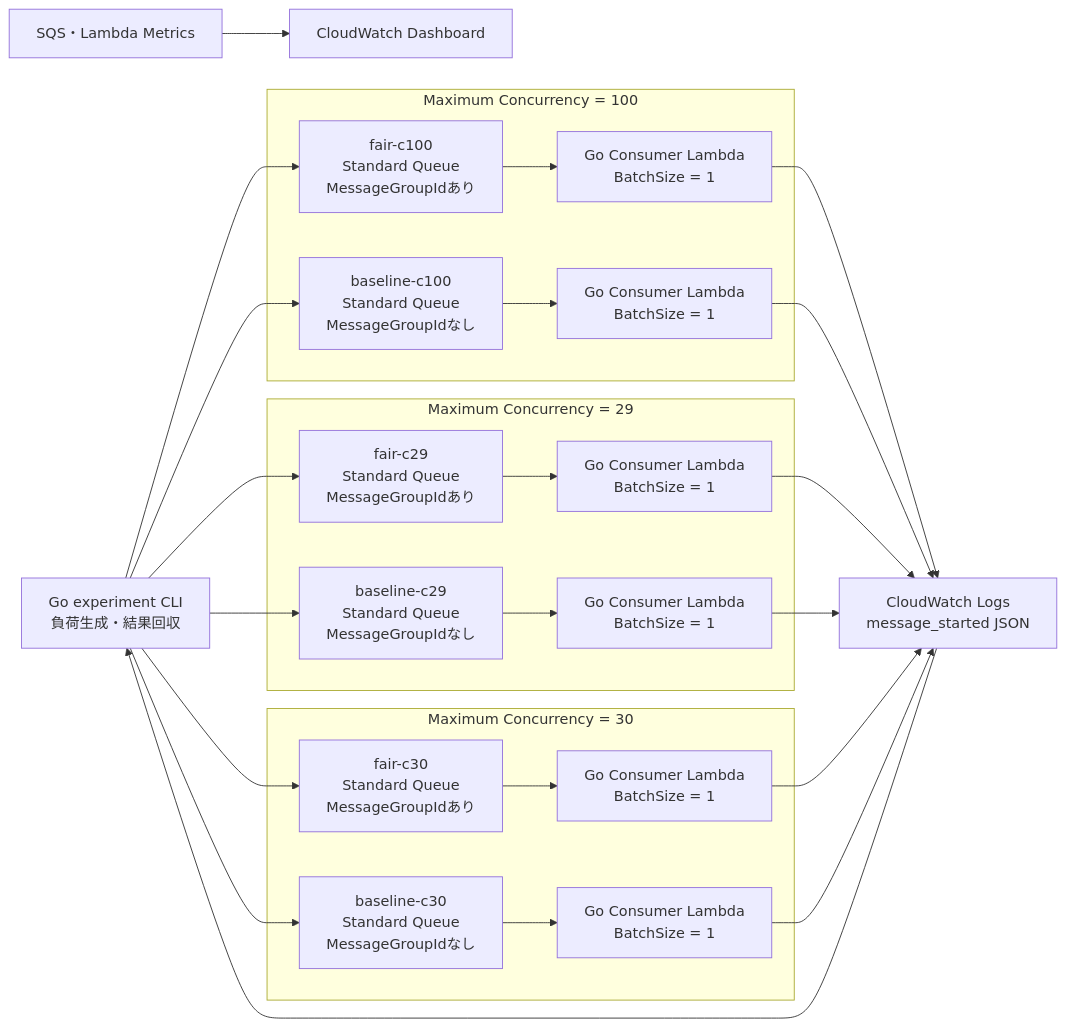
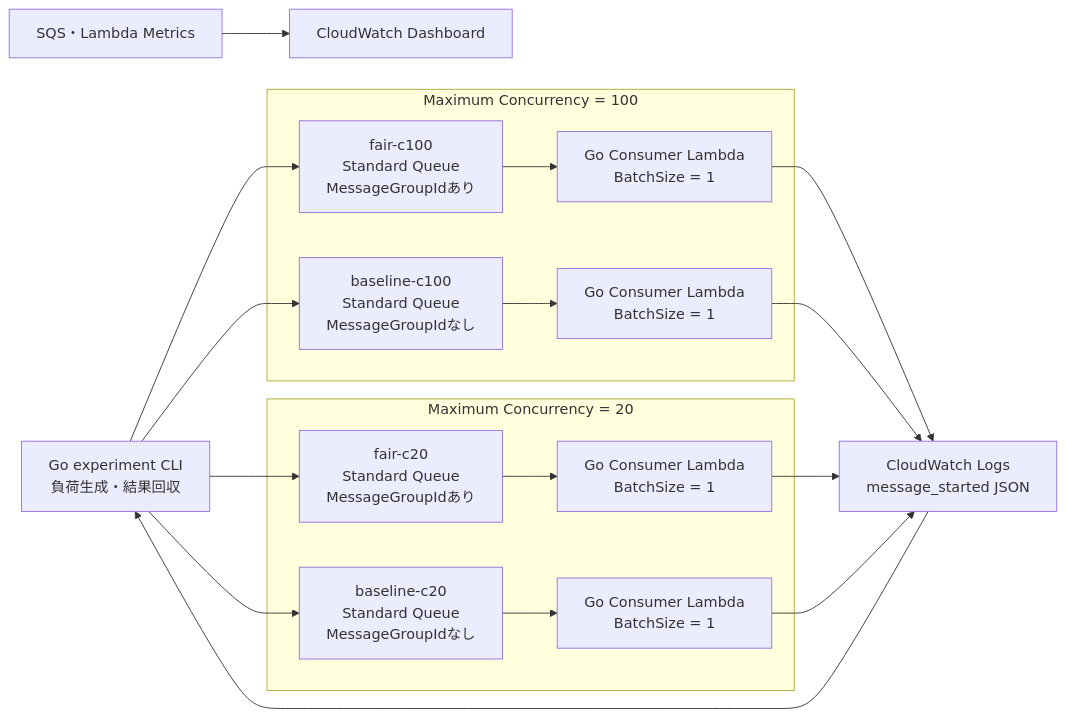
Before and after one commit to clep-raggedcloth/sqs-fair-queues-lab: the second of 5 diagrams in README.md, drawn with Mermaid. The commit also changed other lines of this file and 13 other files, not shown here.

````diff
--- a/README.md
+++ b/README.md
@@ -48,35 +46,26 @@
 ```mermaid
 flowchart LR
     Runner["Go experiment CLI<br/>負荷生成・結果回収"]
 
     subgraph C100["Maximum Concurrency = 100"]
         FC100["fair-c100<br/>Standard Queue<br/>MessageGroupIdあり"] --> FL100["Go Consumer Lambda<br/>BatchSize = 1"]
         BC100["baseline-c100<br/>Standard Queue<br/>MessageGroupIdなし"] --> BL100["Go Consumer Lambda<br/>BatchSize = 1"]
     end
 
-    subgraph C29["Maximum Concurrency = 29"]
-        FC29["fair-c29<br/>Standard Queue<br/>MessageGroupIdあり"] --> FL29["Go Consumer Lambda<br/>BatchSize = 1"]
-        BC29["baseline-c29<br/>Standard Queue<br/>MessageGroupIdなし"] --> BL29["Go Consumer Lambda<br/>BatchSize = 1"]
-    end
-
-    subgraph C30["Maximum Concurrency = 30"]
-        FC30["fair-c30<br/>Standard Queue<br/>MessageGroupIdあり"] --> FL30["Go Consumer Lambda<br/>BatchSize = 1"]
-        BC30["baseline-c30<br/>Standard Queue<br/>MessageGroupIdなし"] --> BL30["Go Consumer Lambda<br/>BatchSize = 1"]
+    subgraph C20["Maximum Concurrency = 20"]
+        FC20["fair-c20<br/>Standard Queue<br/>MessageGroupIdあり"] --> FL20["Go Consumer Lambda<br/>BatchSize = 1"]
+        BC20["baseline-c20<br/>Standard Queue<br/>MessageGroupIdなし"] --> BL20["Go Consumer Lambda<br/>BatchSize = 1"]
     end
 
     Runner --> FC100
     Runner --> BC100
-    Runner --> FC29
-    Runner --> BC29
-    Runner --> FC30
-    Runner --> BC30
+    Runner --> FC20
+    Runner --> BC20
 
     FL100 --> Logs["CloudWatch Logs<br/>message_started JSON"]
     BL100 --> Logs
-    FL29 --> Logs
-    BL29 --> Logs
-    FL30 --> Logs
-    BL30 --> Logs
+    FL20 --> Logs
+    BL20 --> Logs
     Logs --> Runner
     Metrics["SQS・Lambda Metrics"] --> Dashboard["CloudWatch Dashboard"]
 ```
````
